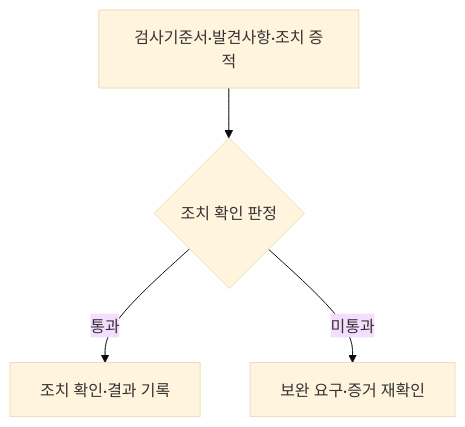
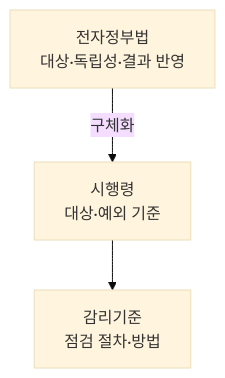
The third of 3 diagrams in src/content/docs/notes/itpe/01-it-strategy/008_it_audit.md (agnusdei1207/study), drawn with Mermaid (base theme) before and after one commit. The commit also changed other lines of this file and 10 other files, not shown here.

````diff
--- a/src/content/docs/notes/itpe/01-it-strategy/008_it_audit.md
+++ b/src/content/docs/notes/itpe/01-it-strategy/008_it_audit.md
@@ -119,6 +114,5 @@
 ```mermaid
 flowchart TD
-    A["검사기준서·발견사항·조치 증적"] --> B{"조치 확인 판정"}
-    B -->|통과| C["조치 확인·결과 기록"]
-    B -->|미통과| D["보완 요구·증거 재확인"]
+    LAW["전자정부법<br/>대상·독립성·결과 반영"] -->|구체화| DECREE["시행령<br/>대상·예외 기준"]
+    DECREE --> RULE["감리기준<br/>점검 절차·방법"]
 ```
````
